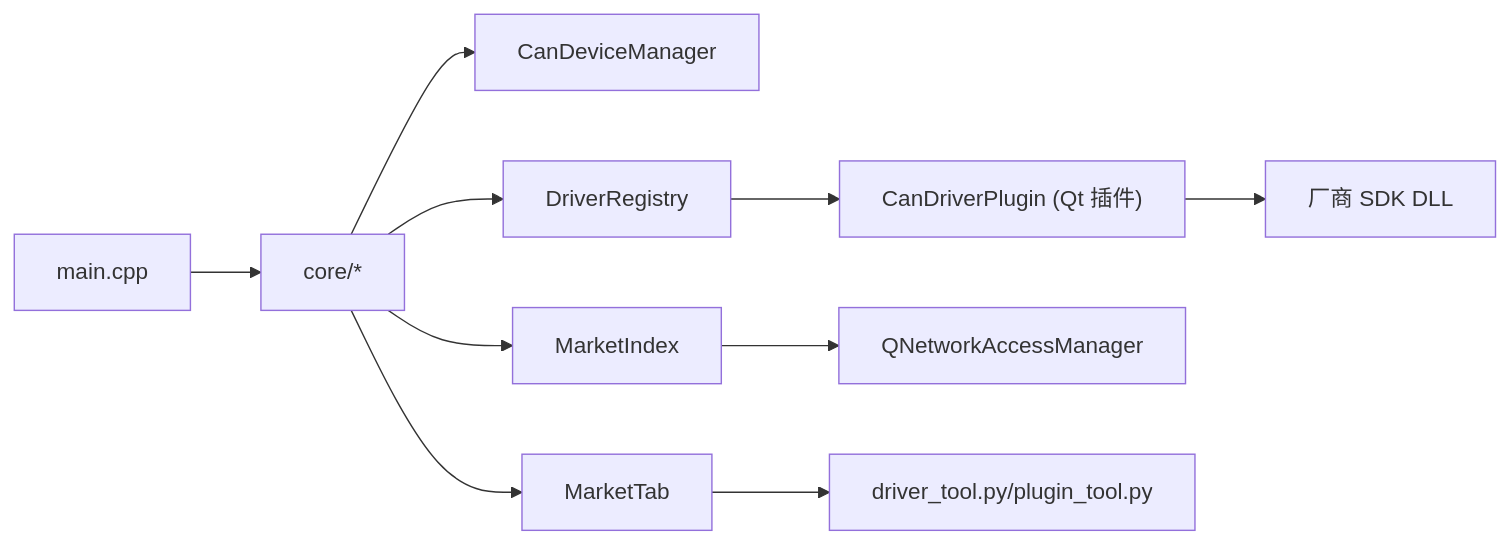
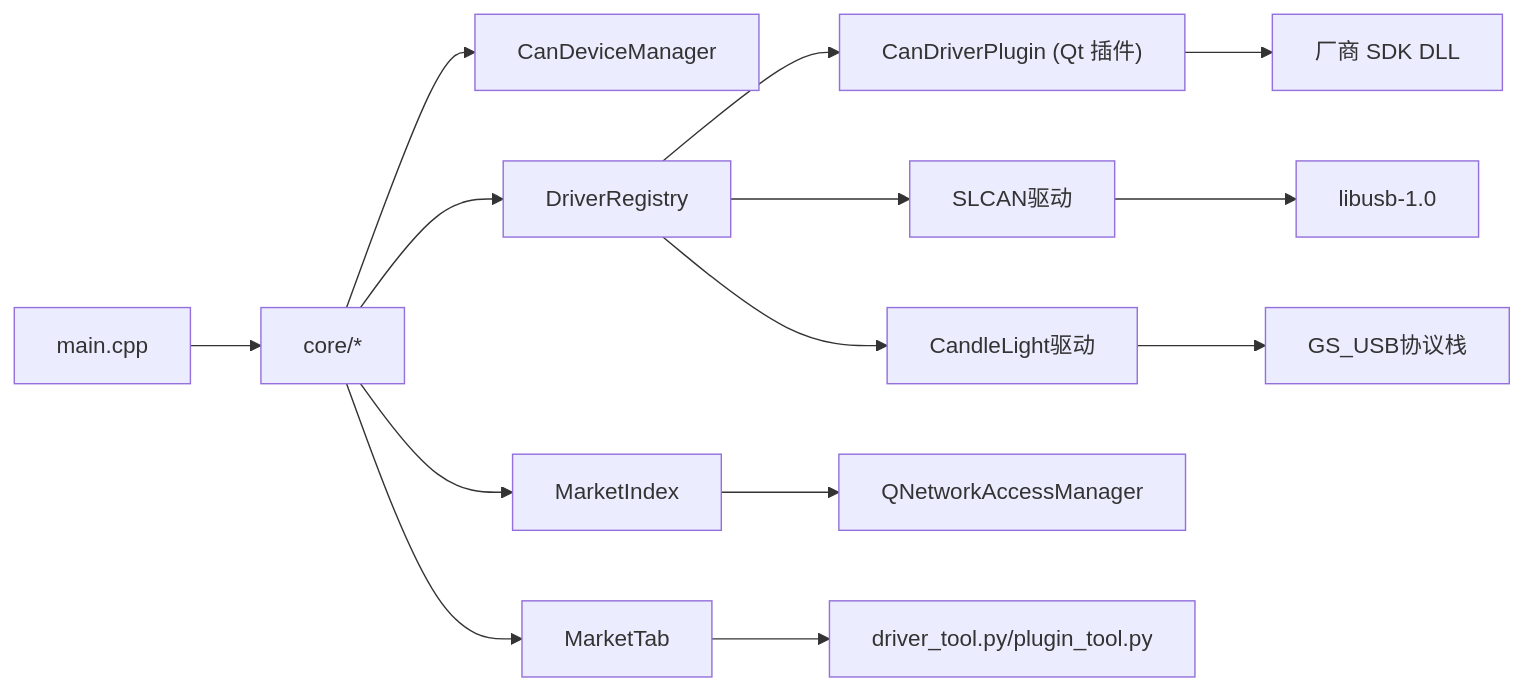
One commit to jakecai1225-design/OpenBus changed the ninth of 9 diagrams in .qoder/repowiki/zh/content/架构设计/驱动系统方案.md. Above: the diagram before and after it, drawn with Mermaid. The commit also changed other lines of this file and 95 other files, not shown here.

Commit message:
图标

````diff
--- a/.qoder/repowiki/zh/content/架构设计/驱动系统方案.md
+++ b/.qoder/repowiki/zh/content/架构设计/驱动系统方案.md
@@ -343,12 +382,16 @@
 ```mermaid
 graph LR
 Main["main.cpp"] --> Core["core/*"]
 Core --> DevMgr["CanDeviceManager"]
 Core --> Reg["DriverRegistry"]
 Core --> Index["MarketIndex"]
 Core --> UI["MarketTab"]
 Reg --> Plugin["CanDriverPlugin (Qt 插件)"]
 Plugin --> Vendor["厂商 SDK DLL"]
 Index --> Network["QNetworkAccessManager"]
 UI --> Python["driver_tool.py/plugin_tool.py"]
+Reg --> SLCAN["SLCAN驱动"]
+Reg --> Candle["CandleLight驱动"]
+SLCAN --> USB["libusb-1.0"]
+Candle --> GSUSB["GS_USB协议栈"]
 ```
````
